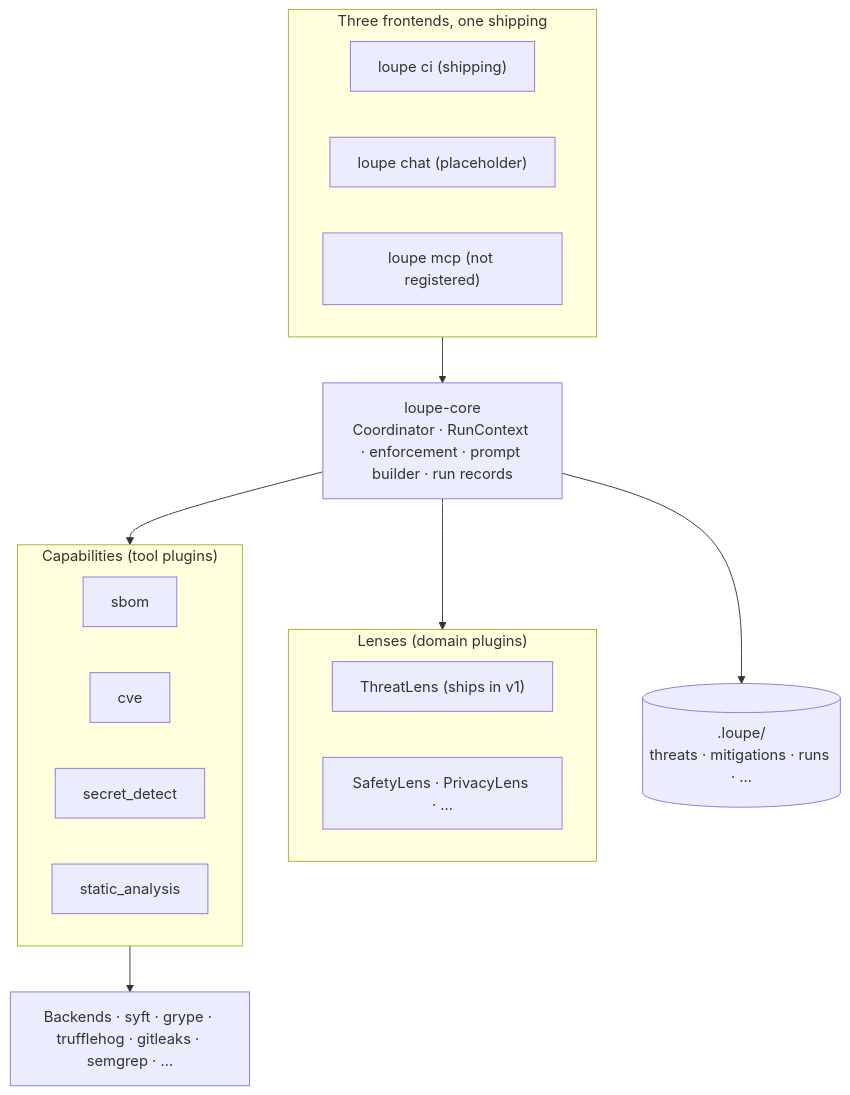
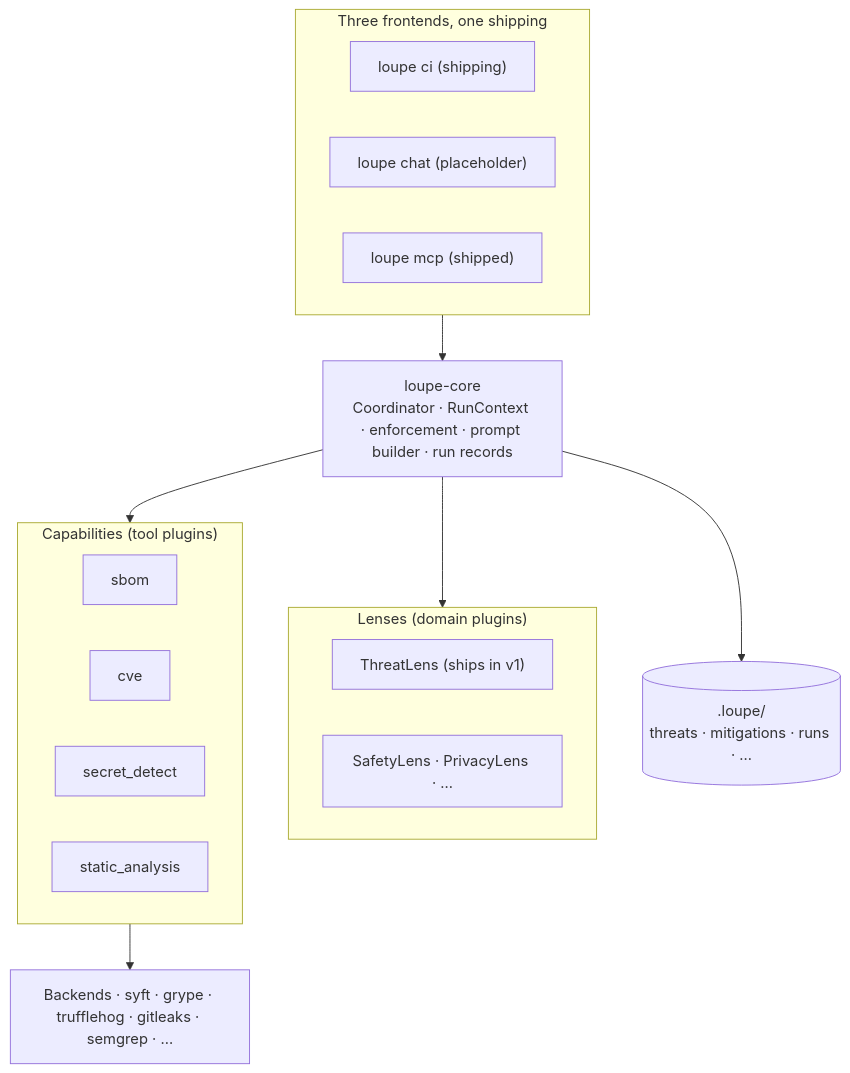
The first of 2 diagrams in docs/concepts/architecture.md (fadi-labib/loupe), drawn with Mermaid before and after one commit.

Commit message:
docs(architecture): update mermaid label and body to reflect shipped loupe mcp

````diff
--- a/docs/concepts/architecture.md
+++ b/docs/concepts/architecture.md
@@ -13,32 +13,32 @@
 ```mermaid
 flowchart TB
     subgraph frontends["Three frontends, one shipping"]
         ci["loupe ci (shipping)"]
         chat["loupe chat (placeholder)"]
-        mcp["loupe mcp (not registered)"]
+        mcp["loupe mcp (shipped)"]
     end
 
     core["loupe-core<br/>Coordinator · RunContext · enforcement · prompt builder · run records"]
 
     subgraph lenses["Lenses (domain plugins)"]
         threatlens["ThreatLens (ships in v1)"]
         future_lenses["SafetyLens · PrivacyLens · …"]
     end
 
     subgraph caps["Capabilities (tool plugins)"]
         sbom["sbom"]
         cve["cve"]
         secrets["secret_detect"]
         sast["static_analysis"]
     end
 
     backends["Backends · syft · grype · trufflehog · gitleaks · semgrep · …"]
 
     frontends --> core
     core --> lenses
     core --> caps
     caps --> backends
 
     artefacts[(.loupe/<br/>threats · mitigations · runs · …)]
     core --> artefacts
 ```
````
